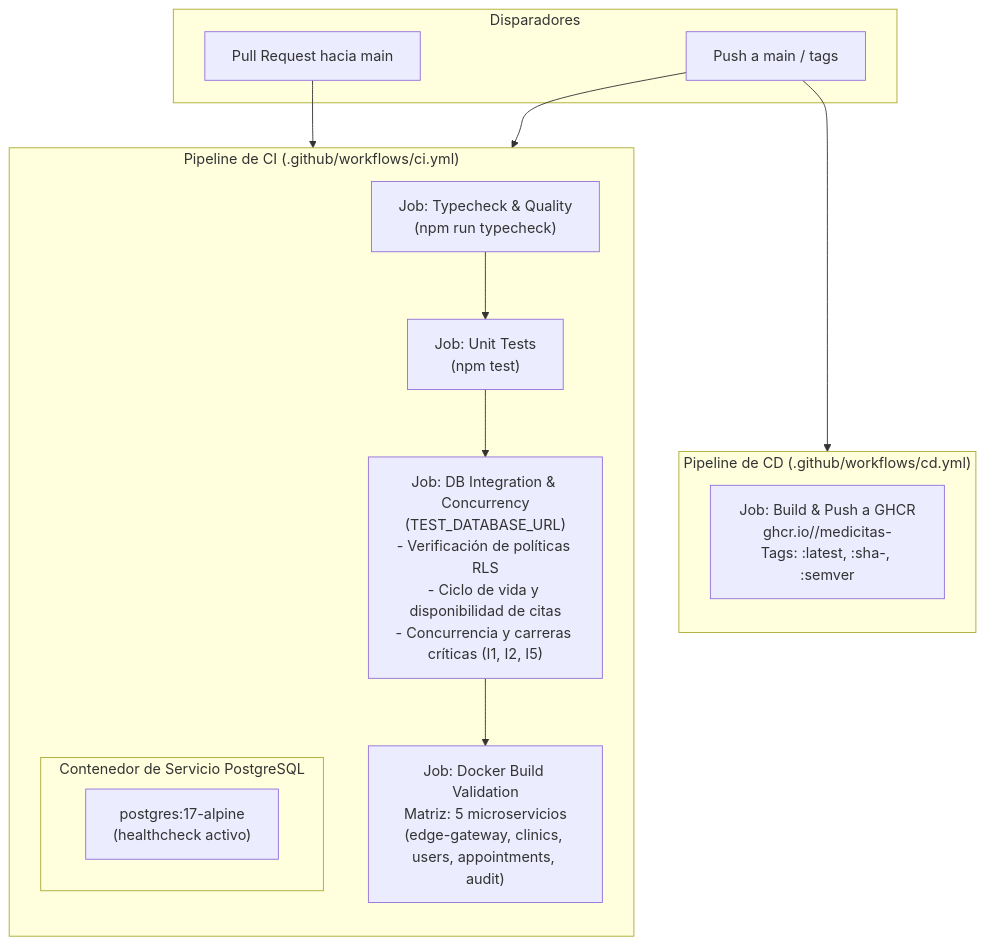
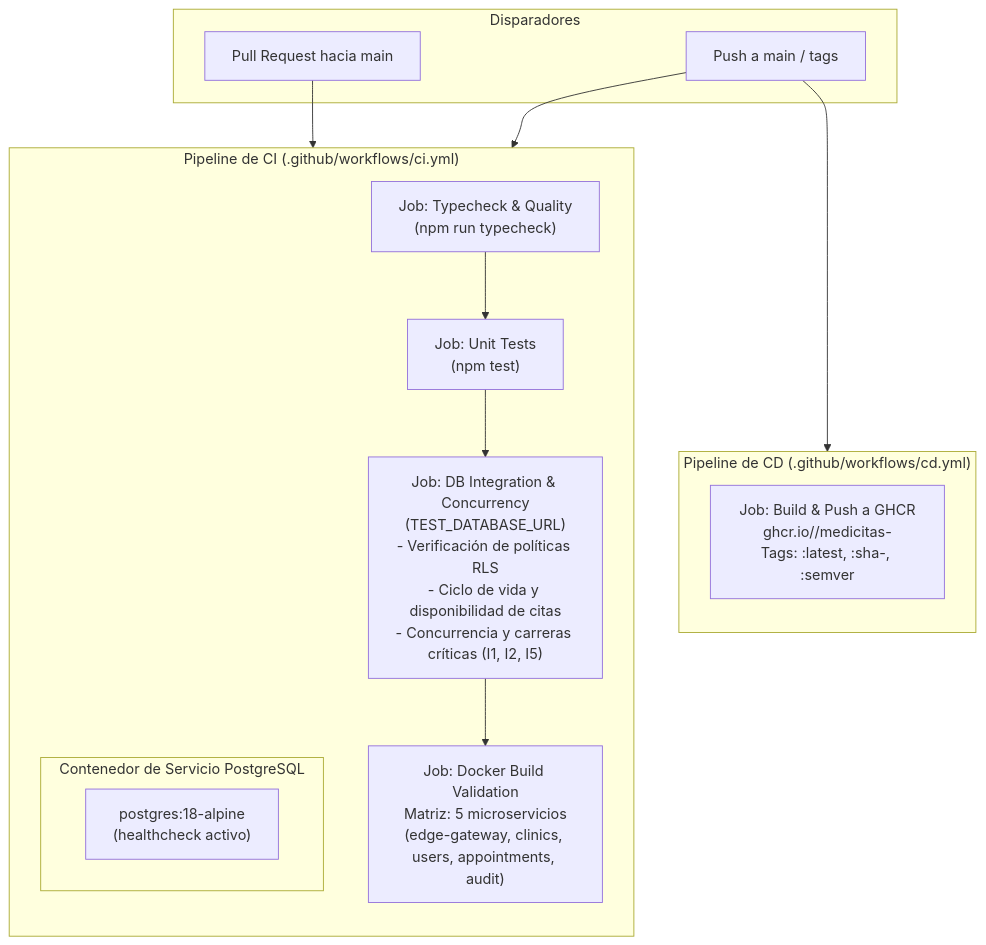
The diagram in docs/ci-cd.es.md (ErikZF/MediCitas), drawn with Mermaid before and after one commit. The commit also changed other lines of this file and 11 other files, not shown here.

Commit message:
feat(services): use native uuidv7() in drizzle schemas, tests, and docs

````diff
--- a/docs/ci-cd.es.md
+++ b/docs/ci-cd.es.md
@@ -11,33 +11,33 @@
 ```mermaid
 flowchart TD
     subgraph Eventos["Disparadores"]
         PR["Pull Request hacia main"]
         PushMain["Push a main / tags"]
     end
 
     subgraph CI["Pipeline de CI (.github/workflows/ci.yml)"]
         direction TB
         Quality["Job: Typecheck & Quality\n(npm run typecheck)"]
         UnitTest["Job: Unit Tests\n(npm test)"]
         
         subgraph PostgresService["Contenedor de Servicio PostgreSQL"]
-            PG["postgres:17-alpine\n(healthcheck activo)"]
+            PG["postgres:18-alpine\n(healthcheck activo)"]
         end
         
         IntegTest["Job: DB Integration & Concurrency\n(TEST_DATABASE_URL)\n- Verificación de políticas RLS\n- Ciclo de vida y disponibilidad de citas\n- Concurrencia y carreras críticas (I1, I2, I5)"]
         DockerBuild["Job: Docker Build Validation\nMatriz: 5 microservicios\n(edge-gateway, clinics, users, appointments, audit)"]
 
         Quality --> UnitTest
         UnitTest --> IntegTest
         IntegTest --> DockerBuild
     end
 
     subgraph CD["Pipeline de CD (.github/workflows/cd.yml)"]
         direction TB
         Publish["Job: Build & Push a GHCR\nghcr.io/<owner>/medicitas-<service>\nTags: :latest, :sha-<commit>, :semver"]
     end
 
     PR --> CI
     PushMain --> CI
     PushMain --> CD
 ```
````
